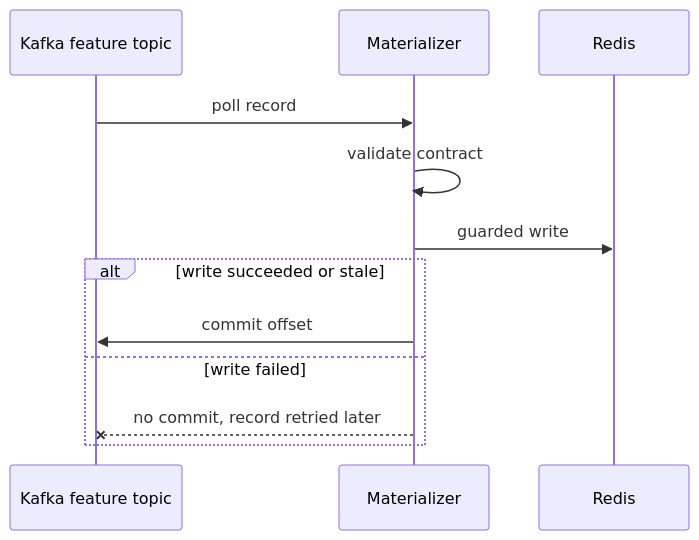
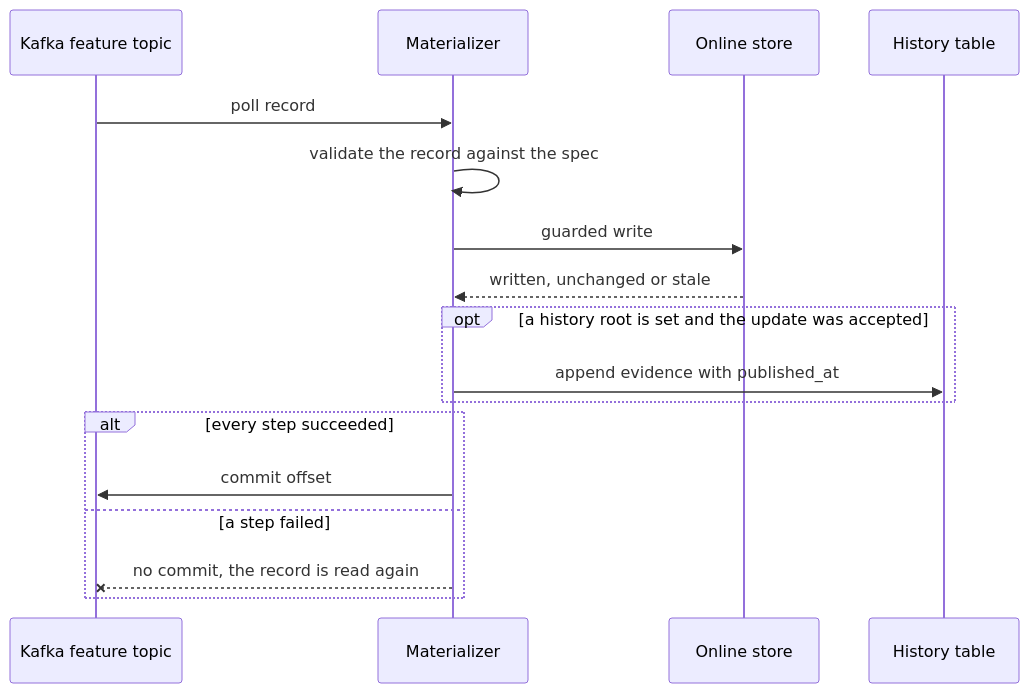
The fifth of 12 diagrams in ARCHITECTURE.md (oster-dev/featureforge), drawn with Mermaid before and after one commit. The commit also changed other lines of this file and 20 other files, not shown here.

````diff
--- a/ARCHITECTURE.md
+++ b/ARCHITECTURE.md
@@ -212,14 +256,19 @@
 ```mermaid
 sequenceDiagram
     participant K as Kafka feature topic
     participant M as Materializer
-    participant R as Redis
+    participant S as Online store
+    participant H as History table
     K->>M: poll record
-    M->>M: validate contract
-    M->>R: guarded write
-    alt write succeeded or stale
+    M->>M: validate the record against the spec
+    M->>S: guarded write
+    S-->>M: written, unchanged or stale
+    opt a history root is set and the update was accepted
+        M->>H: append evidence with published_at
+    end
+    alt every step succeeded
         M->>K: commit offset
-    else write failed
-        M--xK: no commit, record retried later
+    else a step failed
+        M--xK: no commit, the record is read again
     end
 ```
````
